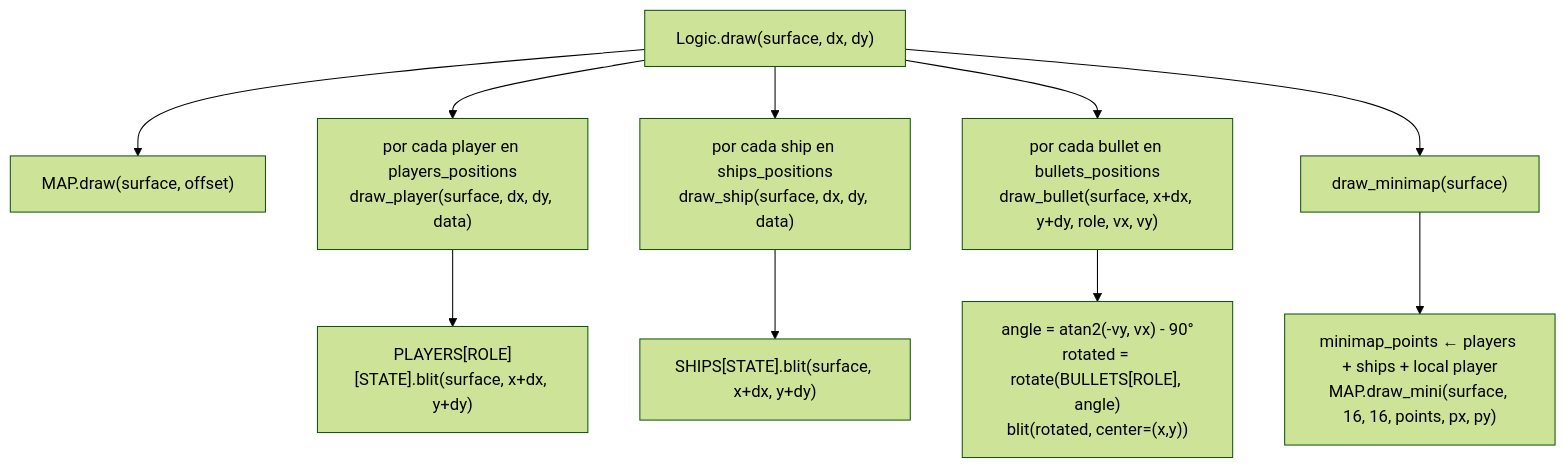
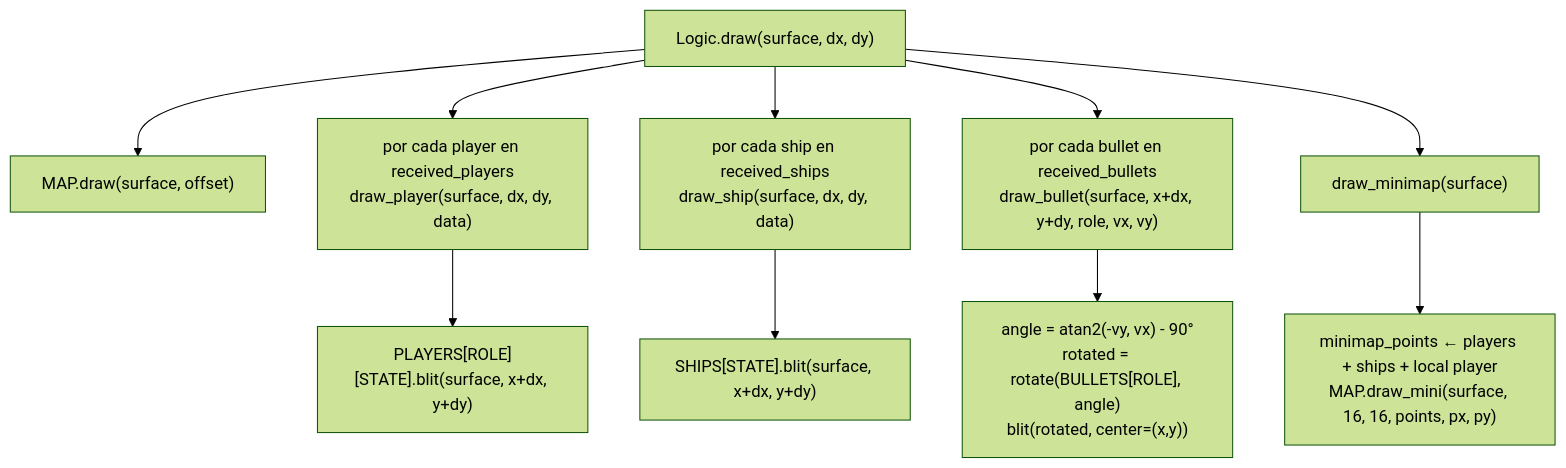
One commit to Aouei/pygame_multi changed the sixth of 7 diagrams in docs/diagramas/server-client.md. Above: the diagram before and after it, drawn with Mermaid (forest theme). The commit also changed other lines of this file and 6 other files, not shown here.

````diff
--- a/docs/diagramas/server-client.md
+++ b/docs/diagramas/server-client.md
@@ -160,17 +160,17 @@
 ```mermaid
 flowchart TD
     DR["Logic.draw(surface, dx, dy)"]
     DR --> M["MAP.draw(surface, offset)"]
-    DR --> P["por cada player en players_positions\ndraw_player(surface, dx, dy, data)"]
-    DR --> SH["por cada ship en ships_positions\ndraw_ship(surface, dx, dy, data)"]
-    DR --> BU["por cada bullet en bullets_positions\ndraw_bullet(surface, x+dx, y+dy, role, vx, vy)"]
+    DR --> P["por cada player en received_players\ndraw_player(surface, dx, dy, data)"]
+    DR --> SH["por cada ship en received_ships\ndraw_ship(surface, dx, dy, data)"]
+    DR --> BU["por cada bullet en received_bullets\ndraw_bullet(surface, x+dx, y+dy, role, vx, vy)"]
     DR --> MM["draw_minimap(surface)"]
 
     P --> P1["PLAYERS[ROLE][STATE].blit(surface, x+dx, y+dy)"]
 
     SH --> SH1["SHIPS[STATE].blit(surface, x+dx, y+dy)"]
 
     BU --> BU1["angle = atan2(-vy, vx) - 90°\nrotated = rotate(BULLETS[ROLE], angle)\nblit(rotated, center=(x,y))"]
 
     MM --> MM1["minimap_points ← players + ships + local player\nMAP.draw_mini(surface, 16, 16, points, px, py)"]
 ```
````
